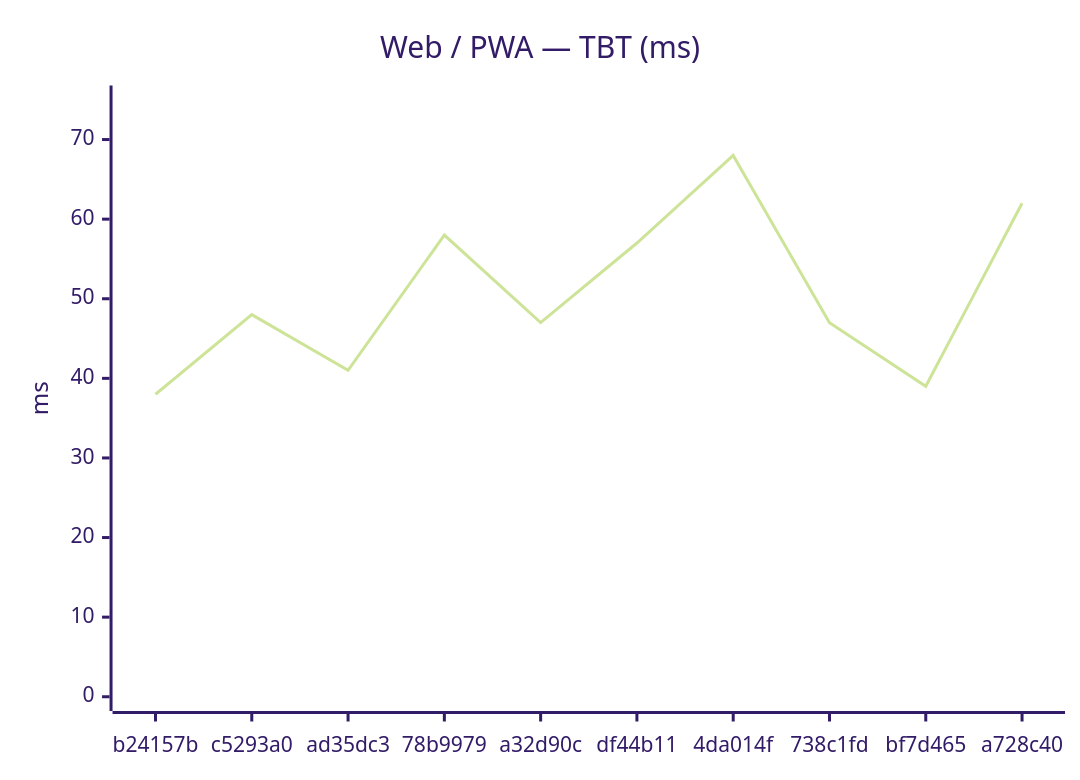
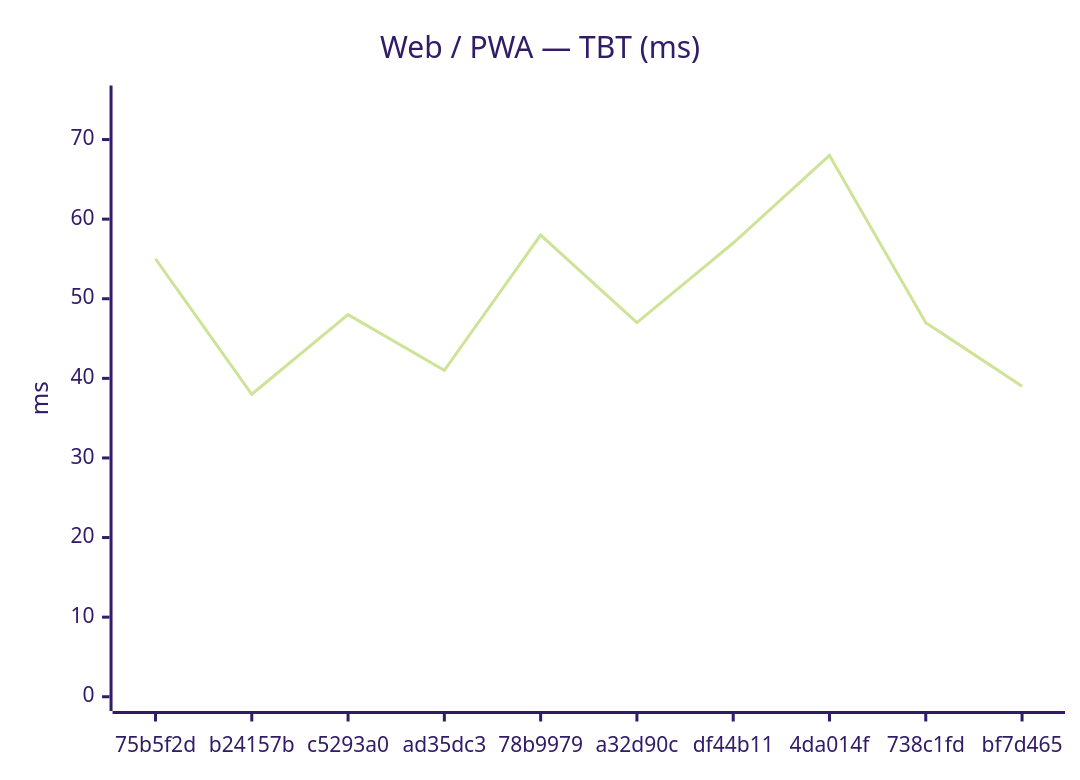
Before and after one commit to Metaheurist/Rianell: the second of 24 diagrams in benchmarks/compare.md, drawn with Mermaid (forest theme). The commit also changed other lines of this file and 14 other files, not shown here.

````diff
--- a/benchmarks/compare.md
+++ b/benchmarks/compare.md
@@ -31,7 +31,7 @@
 ```mermaid
 xychart-beta
     title "Web / PWA — TBT (ms)"
-    x-axis ["b24157b", "c5293a0", "ad35dc3", "78b9979", "a32d90c", "df44b11", "4da014f", "738c1fd", "bf7d465", "a728c40"]
+    x-axis ["75b5f2d", "b24157b", "c5293a0", "ad35dc3", "78b9979", "a32d90c", "df44b11", "4da014f", "738c1fd", "bf7d465"]
     y-axis "ms" 0 --> 75
-    line [38, 48, 41, 58, 47, 57, 68, 47, 39, 62]
+    line [55, 38, 48, 41, 58, 47, 57, 68, 47, 39]
 ```
````
